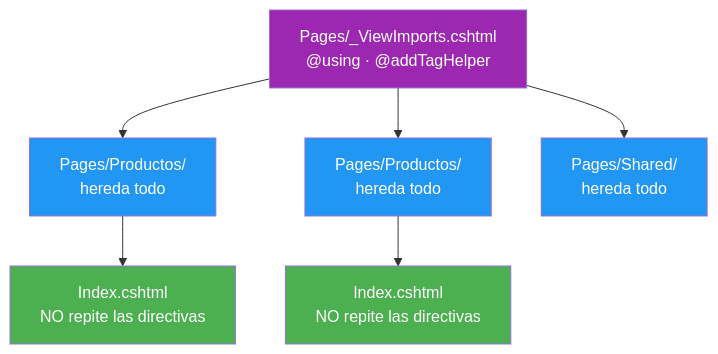
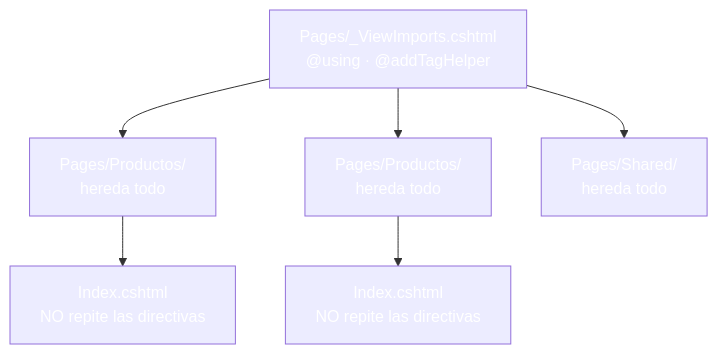
Before and after one commit to joseluisgs/DesarrolloWebEntornosServidor-03-2026-2027: the first of 6 diagrams in 02-directivas-sintaxis.md, drawn with Mermaid. The commit also changed other lines of this file and 30 other files, not shown here.

````diff
--- a/02-directivas-sintaxis.md
+++ b/02-directivas-sintaxis.md
@@ -158,16 +158,16 @@
 ```mermaid
 graph TD
     A["Pages/_ViewImports.cshtml<br/>@using · @addTagHelper"] --> B["Pages/Productos/<br/>hereda todo"]
     A --> C["Pages/Productos/<br/>hereda todo"]
     A --> D["Pages/Shared/<br/>hereda todo"]
 
     B --> B1["Index.cshtml<br/>NO repite las directivas"]
     C --> C1["Index.cshtml<br/>NO repite las directivas"]
 
-    style A fill:#9C27B0,color:#fff
-    style B fill:#2196F3,color:#fff
-    style C fill:#2196F3,color:#fff
-    style D fill:#2196F3,color:#fff
-    style B1 fill:#4CAF50,color:#fff
-    style C1 fill:#4CAF50,color:#fff
+    style A fill:#9C27B,color:#fff0,color:#fff
+    style B fill:#2196F,color:#fff3,color:#fff
+    style C fill:#2196F,color:#fff3,color:#fff
+    style D fill:#2196F,color:#fff3,color:#fff
+    style B1 fill:#4CAF5,color:#fff0,color:#fff
+    style C1 fill:#4CAF5,color:#fff0,color:#fff
 ```
````
